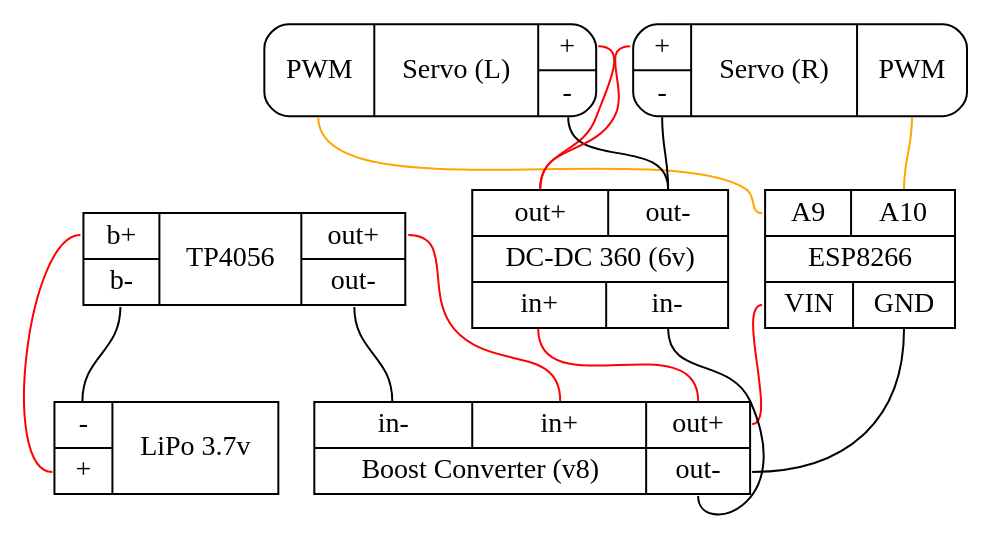
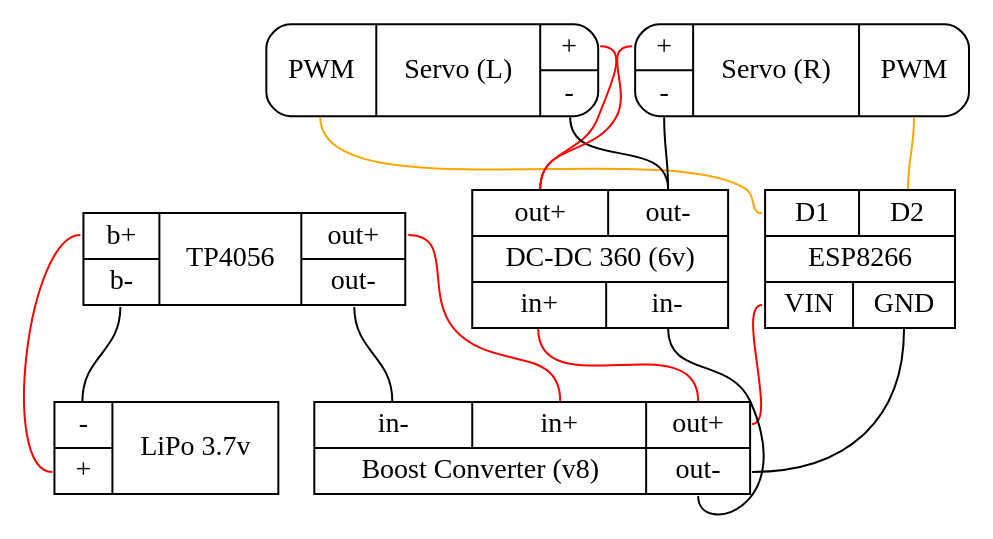
One commit to wg-romank/omocha changed the diagram in wiring.dot. Above: the diagram before and after it, drawn with Graphviz. The commit also changed 1 other file, not shown here.

Commit message:
Typo in diagram

```diff
--- a/wiring.dot
+++ b/wiring.dot
@@ -1,37 +1,37 @@
 graph G {
     
   Lipo [ shape=record label="{ <OUT> - | <IN> + } | LiPo 3.7v " ];
 
   TP4056 [ shape=record label="{ <BIN> b+ | <BOUT> b- } | TP4056 | {  <OUT1> out+  | <OUT2> out-}"];
   
   TP4056:BIN -- Lipo:IN[color="red"]
   TP4056:BOUT -- Lipo:OUT
   
   Boost [ shape=record label="{ { <IN2> in- | <IN1> in+ } | Boost Converter (v8) } | { <OUT1> out+ | <OUT2> out- }"];
   
   TP4056:OUT1 -- Boost:IN1[color="red"]
   TP4056:OUT2:s -- Boost:IN2:n
   
-  ESP8266 [ shape=record label="{ { <A9> A9 | <A10> A10} | ESP8266 | { <VIN> VIN | <GND> GND  } }"];
+  ESP8266 [ shape=record label="{ { <A9> D1 | <A10> D2 } | ESP8266 | { <VIN> VIN | <GND> GND  } }"];
   
   ESP8266:VIN -- Boost:OUT1[color="red"]
   ESP8266:GND -- Boost:OUT2
   
   Buck [ shape=record label="{ { <OUT1> out+ | <OUT2> out- } | DC-DC 360 (6v) | { <IN1> in+ | <IN2> in- } }"];
   
   Buck:IN1 -- Boost:OUT1[color="red"]
   Buck:IN2 -- Boost:OUT2
   
   ServoL [ shape=record label="{ <PWM> PWM } | Servo (L) | { <IN> + | <OUT> - } " style="rounded"];
   
   ServoL:IN -- Buck:OUT1:n[color="red"]
   ServoL:OUT -- Buck:OUT2
   ServoL:PWM -- ESP8266:A9[color="orange"]
   
   ServoR [ shape=record label="{ <IN> + | <OUT> - } | Servo (R) | { <PWM> PWM } " style="rounded"];
   
   ServoR:IN -- Buck:OUT1[color="red"]
   ServoR:OUT -- Buck:OUT2:n
   ServoR:PWM -- ESP8266:A10:n[color="orange"]
   
 }
```
